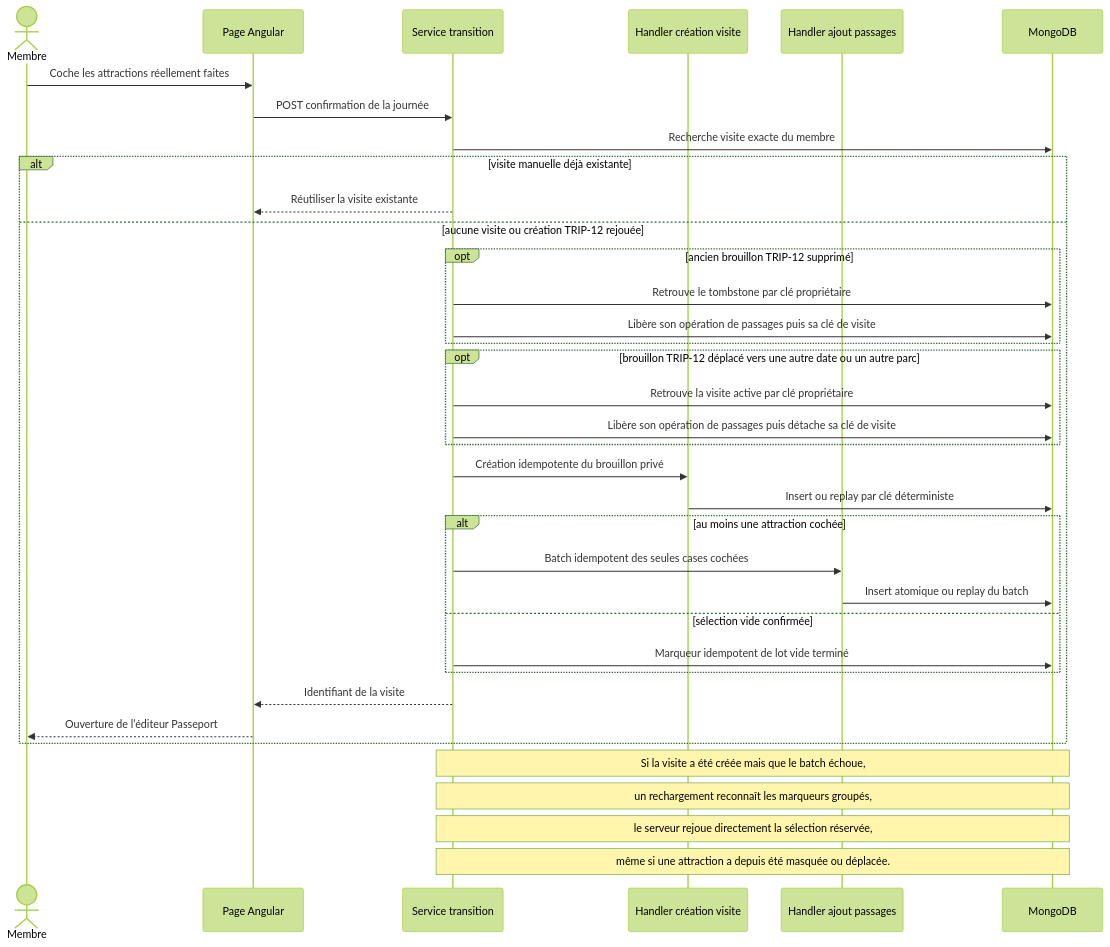
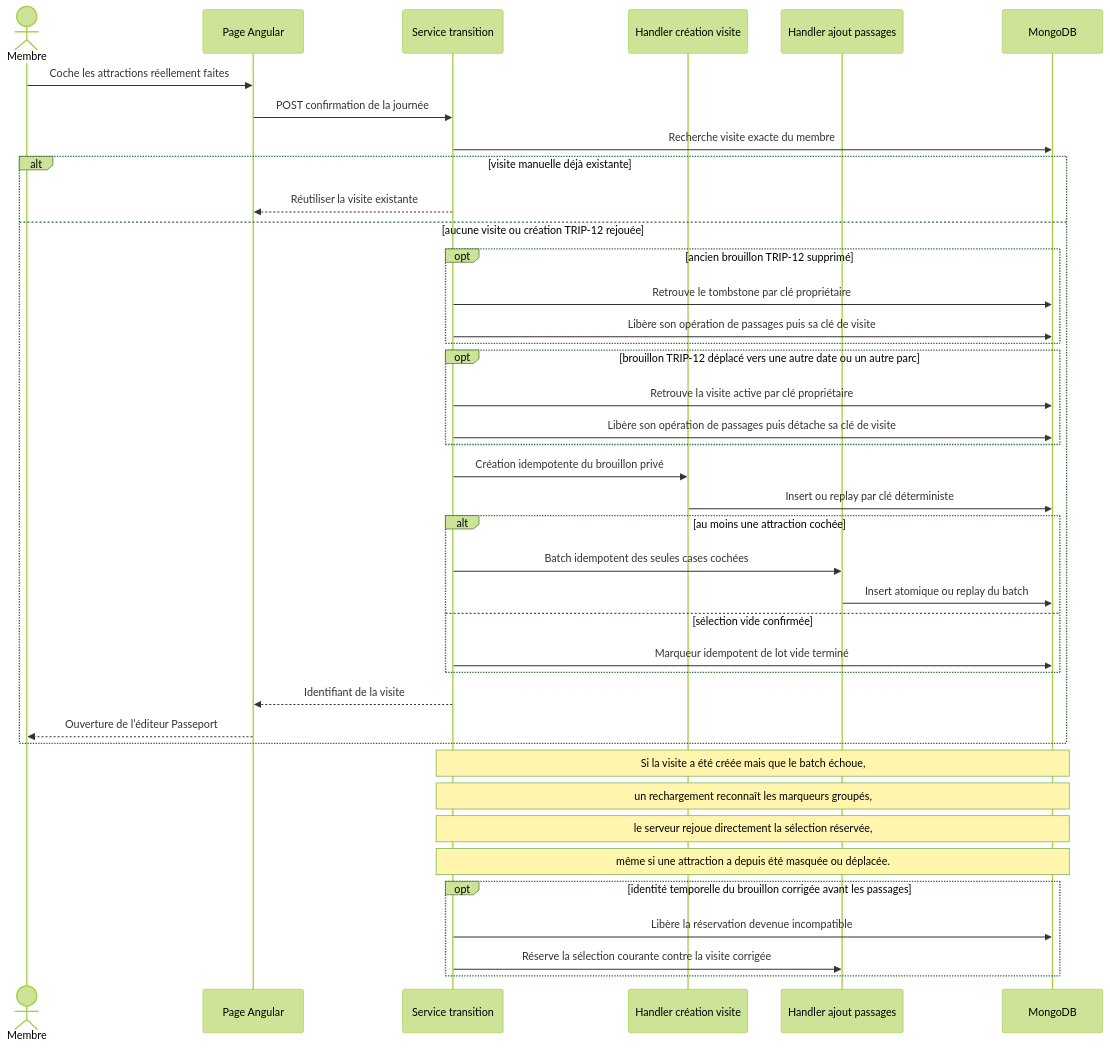
The fourth of 5 diagrams in docs/architecture/product-growth-trip-12-passport-transition-2026-09-25.md (Ced59/AmusementParkProject), drawn with Mermaid (forest theme) before and after one commit. The commit also changed other lines of this file and 6 other files, not shown here.

````diff
--- a/docs/architecture/product-growth-trip-12-passport-transition-2026-09-25.md
+++ b/docs/architecture/product-growth-trip-12-passport-transition-2026-09-25.md
@@ -214,40 +222,45 @@
 ```mermaid
 sequenceDiagram
     actor M as Membre
     participant UI as Page Angular
     participant APP as Service transition
     participant VISIT as Handler création visite
     participant RIDE as Handler ajout passages
     participant DB as MongoDB
 
     M->>UI: Coche les attractions réellement faites
     UI->>APP: POST confirmation de la journée
     APP->>DB: Recherche visite exacte du membre
     alt visite manuelle déjà existante
       APP-->>UI: Réutiliser la visite existante
     else aucune visite ou création TRIP-12 rejouée
       opt ancien brouillon TRIP-12 supprimé
         APP->>DB: Retrouve le tombstone par clé propriétaire
         APP->>DB: Libère son opération de passages puis sa clé de visite
       end
       opt brouillon TRIP-12 déplacé vers une autre date ou un autre parc
         APP->>DB: Retrouve la visite active par clé propriétaire
         APP->>DB: Libère son opération de passages puis détache sa clé de visite
       end
       APP->>VISIT: Création idempotente du brouillon privé
       VISIT->>DB: Insert ou replay par clé déterministe
       alt au moins une attraction cochée
         APP->>RIDE: Batch idempotent des seules cases cochées
         RIDE->>DB: Insert atomique ou replay du batch
       else sélection vide confirmée
         APP->>DB: Marqueur idempotent de lot vide terminé
       end
       APP-->>UI: Identifiant de la visite
       UI-->>M: Ouverture de l’éditeur Passeport
     end
 
     Note over APP,DB: Si la visite a été créée mais que le batch échoue,
     Note over APP,DB: un rechargement reconnaît les marqueurs groupés,
     Note over APP,DB: le serveur rejoue directement la sélection réservée,
     Note over APP,DB: même si une attraction a depuis été masquée ou déplacée.
+
+    opt identité temporelle du brouillon corrigée avant les passages
+      APP->>DB: Libère la réservation devenue incompatible
+      APP->>RIDE: Réserve la sélection courante contre la visite corrigée
+    end
 ```
````
